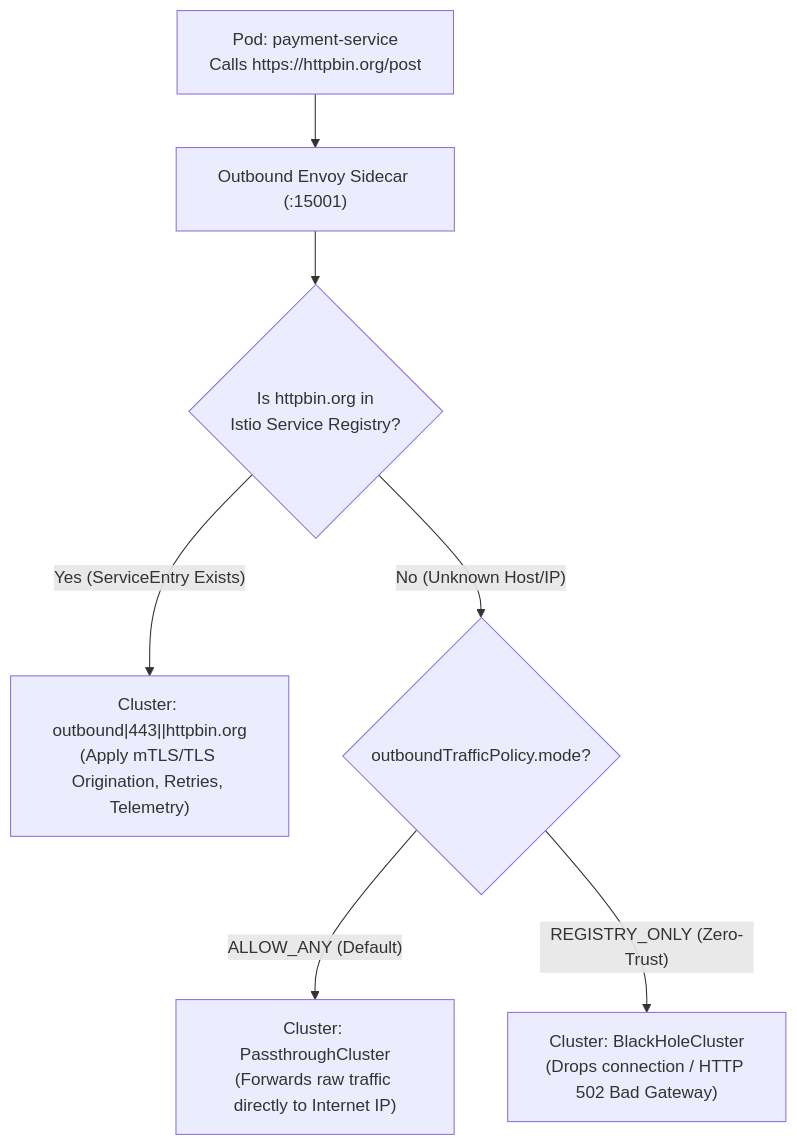
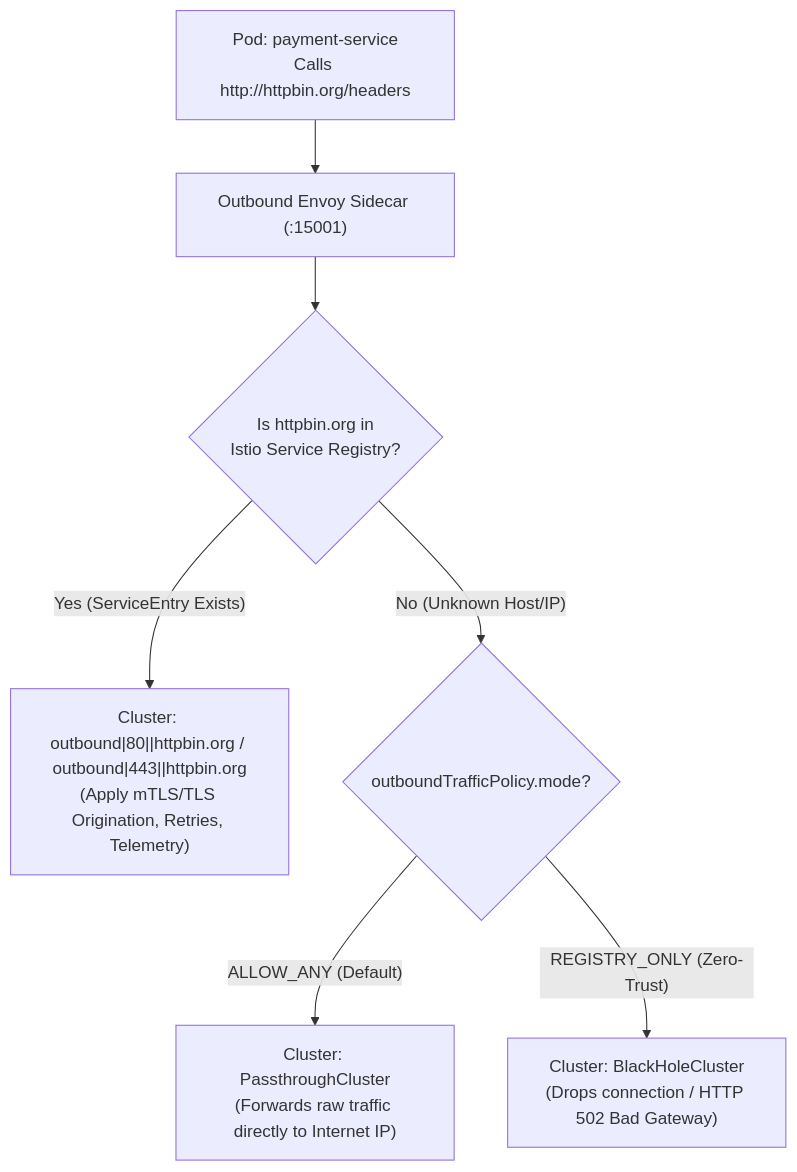
The second of 3 diagrams in 03-gateways-ingress-and-egress/README.md (chan3845/Istio), drawn with Mermaid before and after one commit. The commit also changed other lines of this file and 56 other files, not shown here.

````diff
--- a/03-gateways-ingress-and-egress/README.md
+++ b/03-gateways-ingress-and-egress/README.md
@@ -97,13 +95,13 @@
 ```mermaid
 flowchart TB
-    App["Pod: payment-service<br/>Calls https://httpbin.org/post"] --> OutEnvoy["Outbound Envoy Sidecar (:15001)"]
+    App["Pod: payment-service<br/>Calls http://httpbin.org/headers"] --> OutEnvoy["Outbound Envoy Sidecar (:15001)"]
     
     OutEnvoy --> Check{"Is httpbin.org in<br/>Istio Service Registry?"}
     
-    Check -->|"Yes (ServiceEntry Exists)"| KnownCluster["Cluster: outbound|443||httpbin.org<br/>(Apply mTLS/TLS Origination, Retries, Telemetry)"]
+    Check -->|"Yes (ServiceEntry Exists)"| KnownCluster["Cluster: outbound|80||httpbin.org / outbound|443||httpbin.org<br/>(Apply mTLS/TLS Origination, Retries, Telemetry)"]
     
     Check -->|"No (Unknown Host/IP)"| Mode{"outboundTrafficPolicy.mode?"}
     
     Mode -->|"ALLOW_ANY (Default)"| Passthrough["Cluster: PassthroughCluster<br/>(Forwards raw traffic directly to Internet IP)"]
     Mode -->|"REGISTRY_ONLY (Zero-Trust)"| BlackHole["Cluster: BlackHoleCluster<br/>(Drops connection / HTTP 502 Bad Gateway)"]
 ```
````
